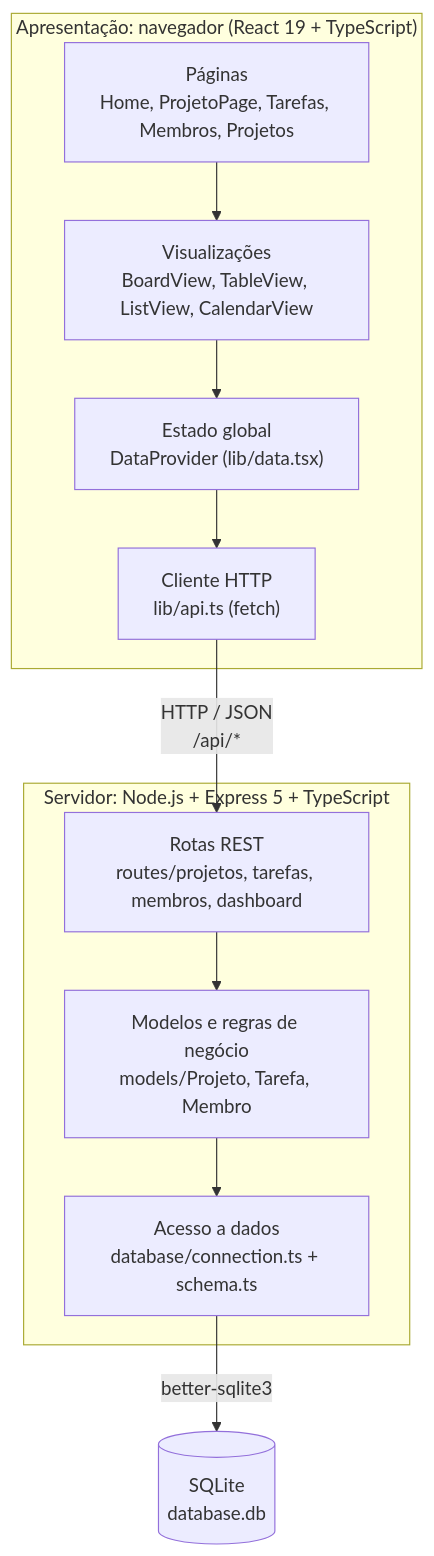
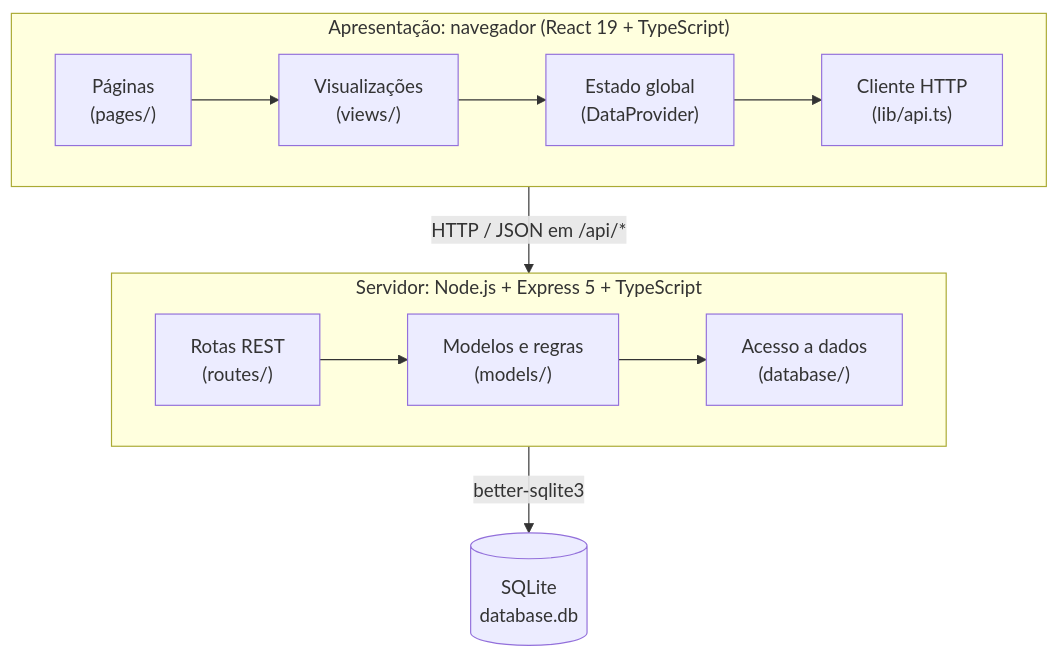
One commit to joaogpnfs/tarefas-gestor changed the second of 5 diagrams in documentacao/documentacao.md. Above: the diagram before and after it, drawn with Mermaid. The commit also changed other lines of this file and 1 other file, not shown here.

Commit message:
docs: regenera PDF da documentação com diagramas e capturas de tela

````diff
--- a/documentacao/documentacao.md
+++ b/documentacao/documentacao.md
@@ -253,19 +255,14 @@
 ```mermaid
 flowchart TB
     subgraph C["Apresentação: navegador (React 19 + TypeScript)"]
-        P["Páginas<br/>Home, ProjetoPage, Tarefas, Membros, Projetos"]
-        V["Visualizações<br/>BoardView, TableView, ListView, CalendarView"]
-        D["Estado global<br/>DataProvider (lib/data.tsx)"]
-        A["Cliente HTTP<br/>lib/api.ts (fetch)"]
-        P --> V --> D --> A
+        direction LR
+        P["Páginas<br/>(pages/)"] --> V["Visualizações<br/>(views/)"] --> D["Estado global<br/>(DataProvider)"] --> A["Cliente HTTP<br/>(lib/api.ts)"]
     end
     subgraph SV["Servidor: Node.js + Express 5 + TypeScript"]
-        R["Rotas REST<br/>routes/projetos, tarefas, membros, dashboard"]
-        M["Modelos e regras de negócio<br/>models/Projeto, Tarefa, Membro"]
-        CN["Acesso a dados<br/>database/connection.ts + schema.ts"]
-        R --> M --> CN
+        direction LR
+        R["Rotas REST<br/>(routes/)"] --> M["Modelos e regras<br/>(models/)"] --> CN["Acesso a dados<br/>(database/)"]
     end
     DB[("SQLite<br/>database.db")]
-    A -- "HTTP / JSON<br/>/api/*" --> R
-    CN -- "better-sqlite3" --> DB
+    C -- "HTTP / JSON em /api/*" --> SV
+    SV -- "better-sqlite3" --> DB
 ```
````
